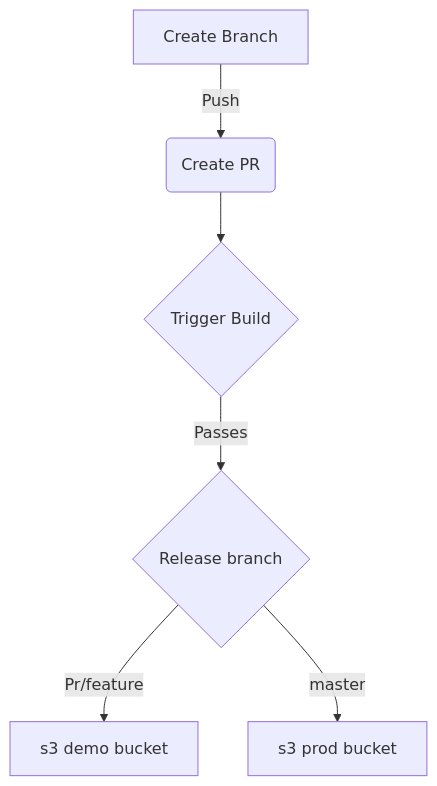
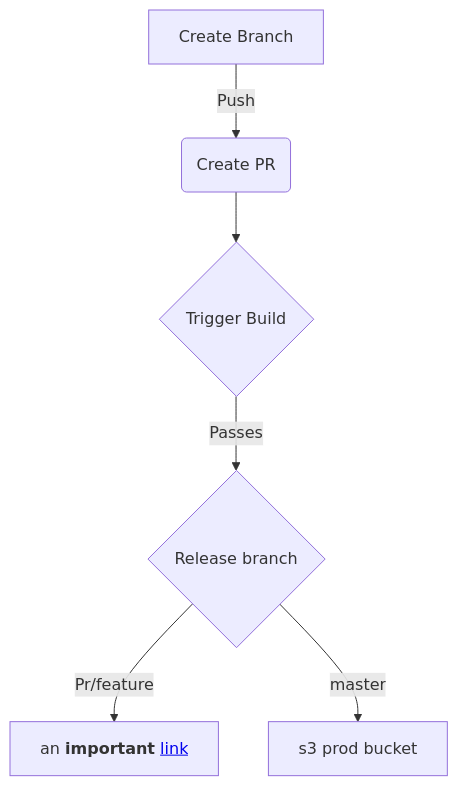
Before and after one commit to valnet91/Bash: the second of 15 diagrams in README.md, drawn with Mermaid.

````diff
--- a/README.md
+++ b/README.md
@@ -28,9 +28,9 @@
 ```mermaid
 graph TD
 A[Create Branch] -->|Push| B(Create PR)
 B --> C{Trigger Build}
 C -->|Passes | E{Release branch}
 E -->|Pr/feature | F[s3 demo bucket]
 E -->|master | G[s3 prod bucket]
-click F "http://www.baidu.com"
+F[an <b>important</b> <a href='http://google.com'>link</a>]
 ```
````
